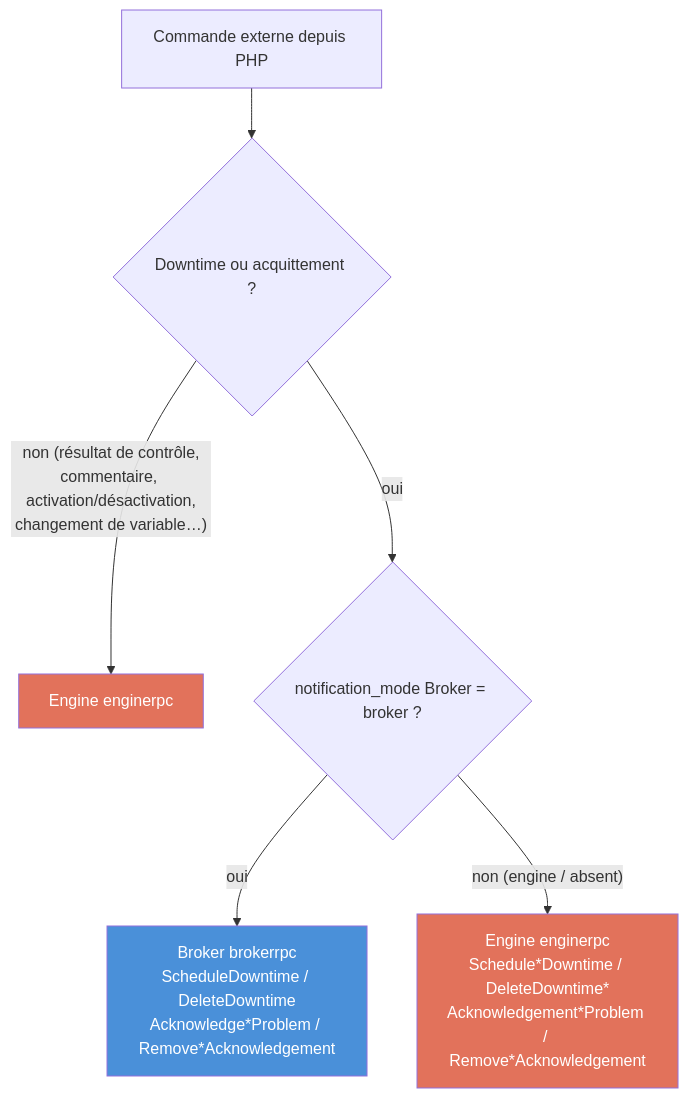
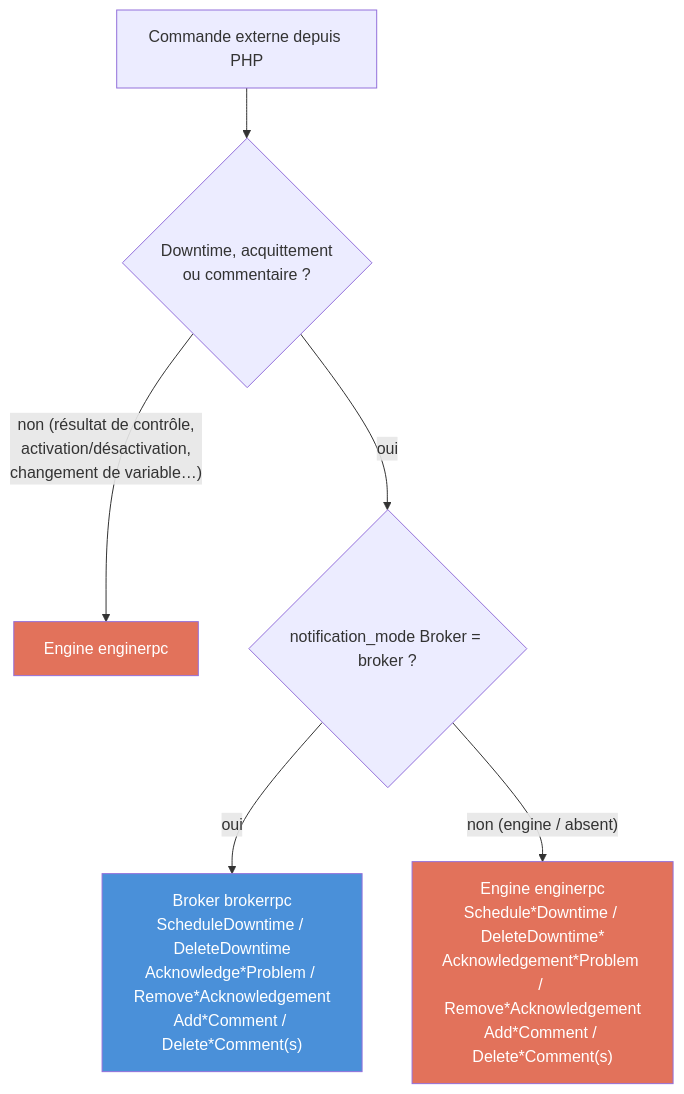
Before and after one commit to centreon/centreon-collect: the diagram in doc/php-evolutions-fr.md, drawn with Mermaid. The commit also changed other lines of this file and 3 other files, not shown here.

````diff
--- a/doc/php-evolutions-fr.md
+++ b/doc/php-evolutions-fr.md
@@ -233,12 +234,12 @@
 ```mermaid
 flowchart TD
     classDef engine fill:#e2725b,color:#fff;
     classDef broker fill:#4a90d9,color:#fff;
 
     CMD["Commande externe depuis PHP"]
-    CMD --> Q1{"Downtime ou acquittement ?"}
-    Q1 -- "non (résultat de contrôle,<br/>commentaire, activation/désactivation,<br/>changement de variable…)" --> ENG["Engine enginerpc"]:::engine
+    CMD --> Q1{"Downtime, acquittement<br/>ou commentaire ?"}
+    Q1 -- "non (résultat de contrôle,<br/>activation/désactivation,<br/>changement de variable…)" --> ENG["Engine enginerpc"]:::engine
     Q1 -- "oui" --> Q2{"notification_mode Broker = broker ?"}
-    Q2 -- "oui" --> BRK["Broker brokerrpc<br/>ScheduleDowntime / DeleteDowntime<br/>Acknowledge*Problem / Remove*Acknowledgement"]:::broker
-    Q2 -- "non (engine / absent)" --> ENG2["Engine enginerpc<br/>Schedule*Downtime / DeleteDowntime*<br/>Acknowledgement*Problem / Remove*Acknowledgement"]:::engine
+    Q2 -- "oui" --> BRK["Broker brokerrpc<br/>ScheduleDowntime / DeleteDowntime<br/>Acknowledge*Problem / Remove*Acknowledgement<br/>Add*Comment / Delete*Comment(s)"]:::broker
+    Q2 -- "non (engine / absent)" --> ENG2["Engine enginerpc<br/>Schedule*Downtime / DeleteDowntime*<br/>Acknowledgement*Problem / Remove*Acknowledgement<br/>Add*Comment / Delete*Comment(s)"]:::engine
 ```
````
